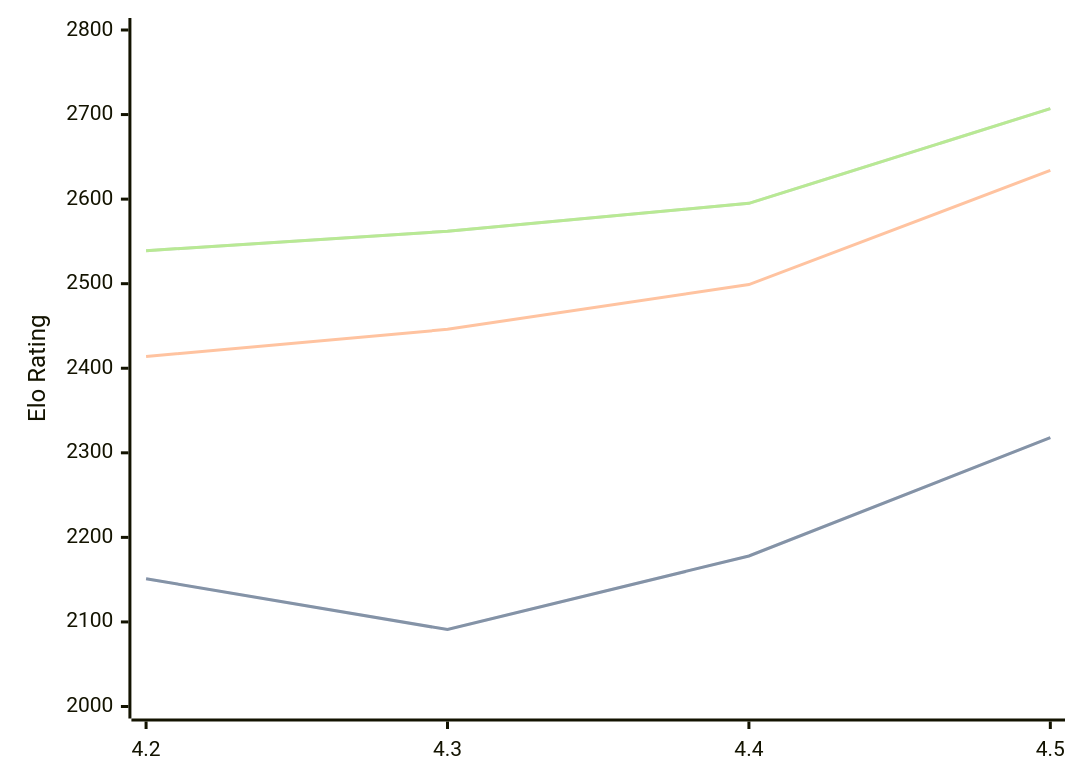
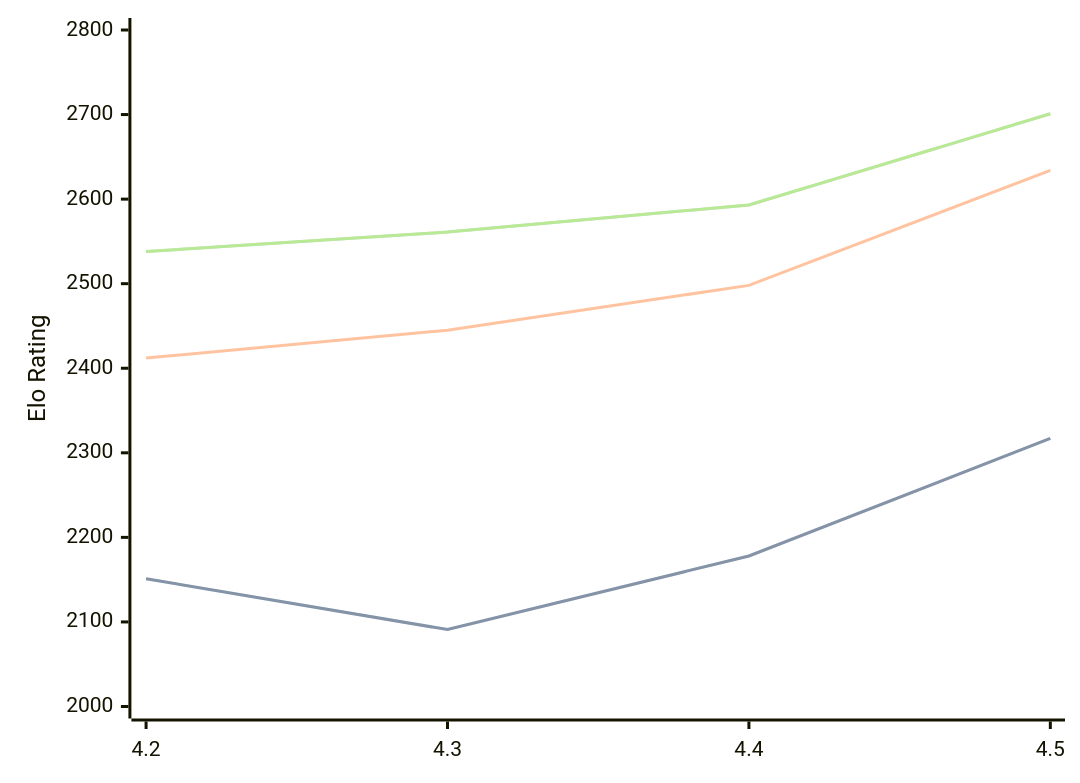
One commit to computer-chess-index/cci changed the first of 3 diagrams in engines/Eubos.md. Above: the diagram before and after it, drawn with Mermaid. The commit also changed other lines of this file, not shown here.

Commit message:
Update CCI Ratings (ELO VLTC) - 2026-07-15

````diff
--- a/engines/Eubos.md
+++ b/engines/Eubos.md
@@ -90,11 +90,11 @@
 ```mermaid
 %%{init: {"theme":"base","themeVariables":{"seriesColors:['#a3a3a3','#222221','#faa371']}}}%%
 xychart-beta
   x-axis ["4.2", "4.3", "4.4", "4.5"]
   y-axis "Elo Rating" 2000 --> 2800
-  line "STC (8.0+0.08s)" [2151, 2091, 2178, 2318]
-  line "STC (8.0+0.08s)" [2151, 2091, 2178, 2318]
-  line "LTC (60.0+0.60s)" [2414, 2446, 2499, 2634]
-  line "VLTC (2m24s+1.12s)" [2539, 2562, 2595, 2707]
-  line "VLTC (2m24s+1.12s)" [2539, 2562, 2595, 2707]
+  line "STC (8.0+0.08s)" [2151, 2091, 2178, 2317]
+  line "STC (8.0+0.08s)" [2151, 2091, 2178, 2317]
+  line "LTC (60.0+0.60s)" [2412, 2445, 2498, 2634]
+  line "VLTC (2m24s+1.12s)" [2538, 2561, 2593, 2701]
+  line "VLTC (2m24s+1.12s)" [2538, 2561, 2593, 2701]
 ```
````
